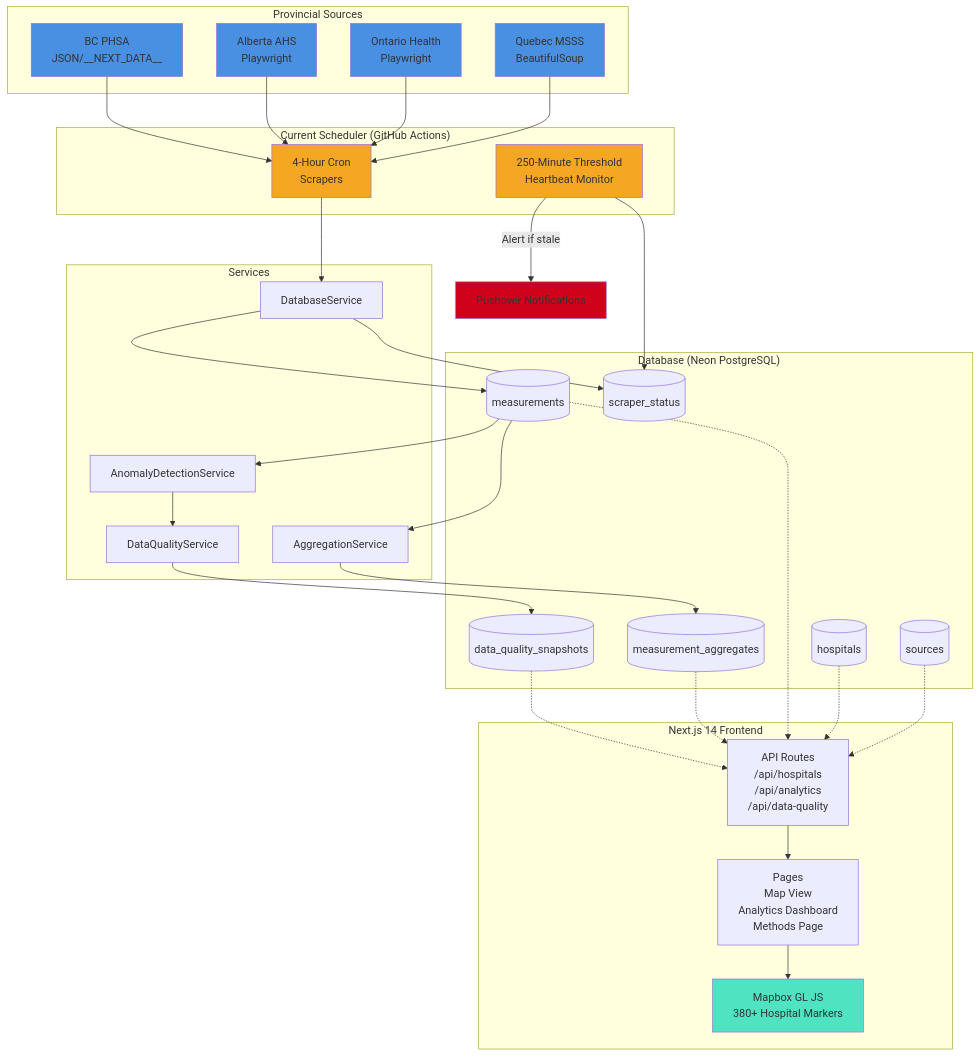
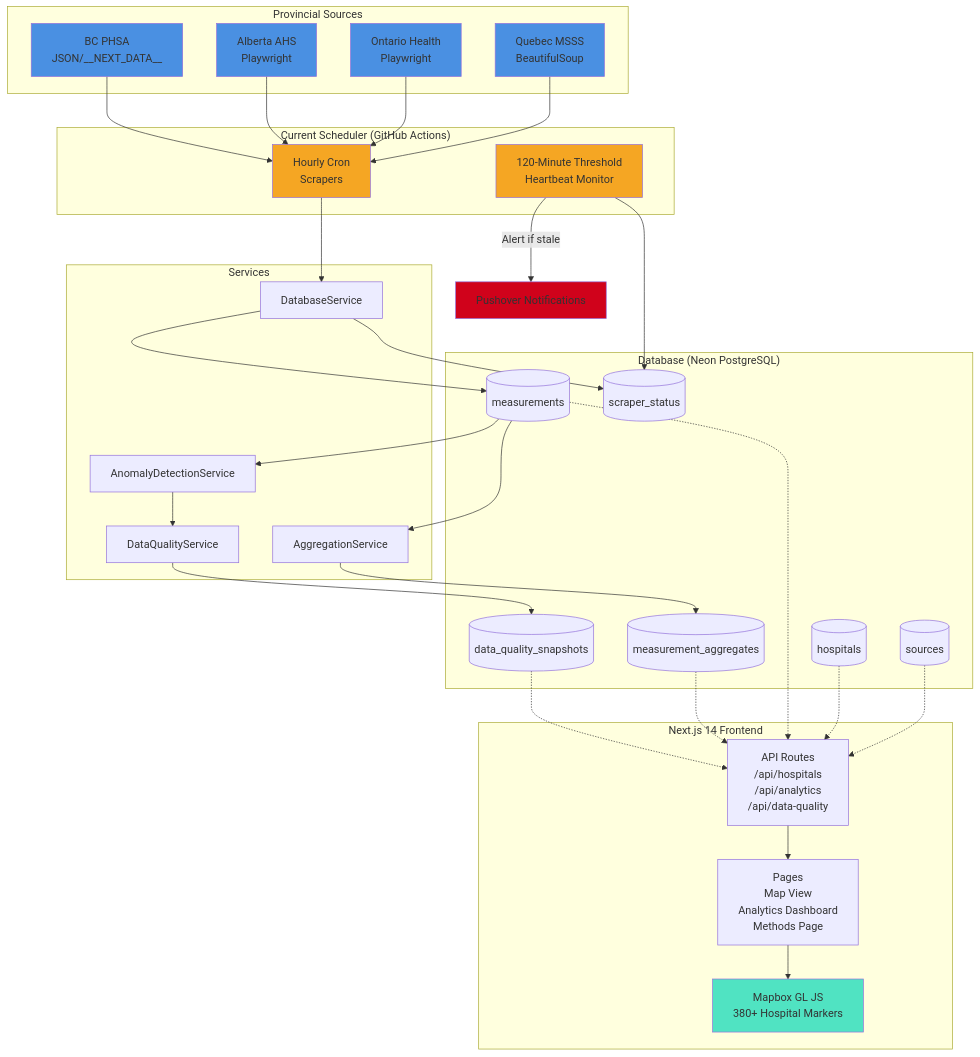
The diagram in README.md (jerdaw/waittimecanada), drawn with Mermaid before and after one commit. The commit also changed other lines of this file and 26 other files, not shown here.

````diff
--- a/README.md
+++ b/README.md
@@ -100,73 +100,73 @@
 ```mermaid
 graph TD
     subgraph "Provincial Sources"
         QC[Quebec MSSS<br/>BeautifulSoup]
         ON[Ontario Health<br/>Playwright]
         AB[Alberta AHS<br/>Playwright]
         BC[BC PHSA<br/>JSON/__NEXT_DATA__]
     end
 
     subgraph "Current Scheduler (GitHub Actions)"
-        CRON[4-Hour Cron<br/>Scrapers]
-        HB[250-Minute Threshold<br/>Heartbeat Monitor]
+        CRON[Hourly Cron<br/>Scrapers]
+        HB[120-Minute Threshold<br/>Heartbeat Monitor]
     end
 
     subgraph "Database (Neon PostgreSQL)"
         SOURCES[(sources)]
         HOSPITALS[(hospitals)]
         MEASUREMENTS[(measurements)]
         AGGREGATES[(measurement_aggregates)]
         QUALITY[(data_quality_snapshots)]
         STATUS[(scraper_status)]
     end
 
     subgraph "Next.js 14 Frontend"
         API[API Routes<br/>/api/hospitals<br/>/api/analytics<br/>/api/data-quality]
         PAGES[Pages<br/>Map View<br/>Analytics Dashboard<br/>Methods Page]
         MAP[Mapbox GL JS<br/>380+ Hospital Markers]
     end
 
     subgraph "Services"
         DB_SVC[DatabaseService]
         AGG_SVC[AggregationService]
         DQ_SVC[DataQualityService]
         ANOM_SVC[AnomalyDetectionService]
     end
 
     QC --> CRON
     ON --> CRON
     AB --> CRON
     BC --> CRON
 
     CRON --> DB_SVC
     DB_SVC --> MEASUREMENTS
     DB_SVC --> STATUS
 
     HB --> STATUS
     HB -->|Alert if stale| PUSHOVER[Pushover Notifications]
 
     MEASUREMENTS --> AGG_SVC
     AGG_SVC --> AGGREGATES
 
     MEASUREMENTS --> ANOM_SVC
     ANOM_SVC --> DQ_SVC
     DQ_SVC --> QUALITY
 
     SOURCES -.-> API
     HOSPITALS -.-> API
     MEASUREMENTS -.-> API
     AGGREGATES -.-> API
     QUALITY -.-> API
 
     API --> PAGES
     PAGES --> MAP
 
     style QC fill:#4A90E2
     style ON fill:#4A90E2
     style AB fill:#4A90E2
     style BC fill:#4A90E2
     style CRON fill:#F5A623
     style HB fill:#F5A623
     style PUSHOVER fill:#D0021B
     style MAP fill:#50E3C2
 ```
````
